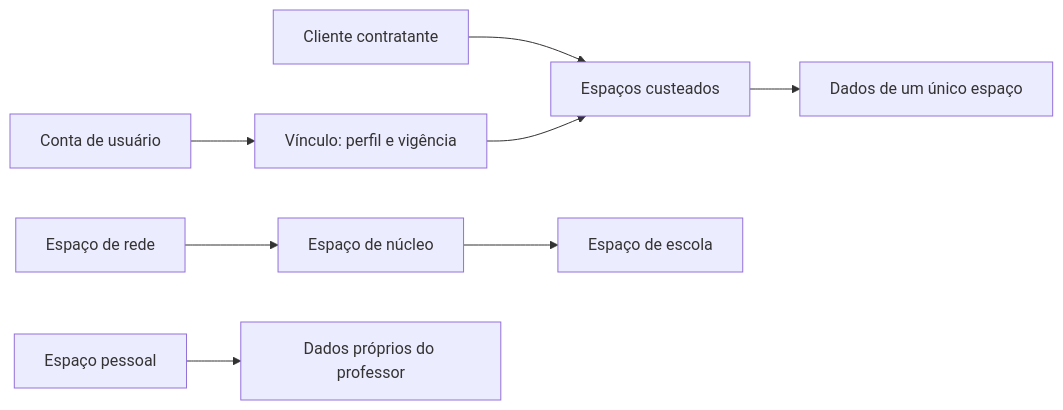
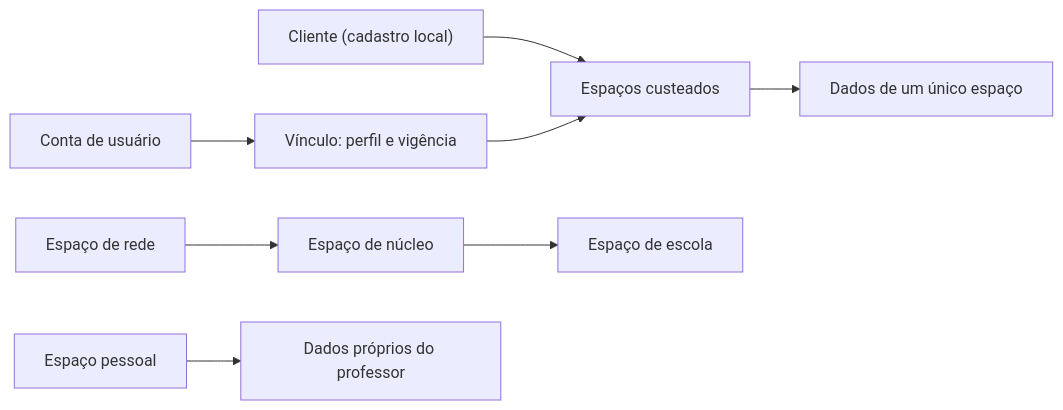
One commit to lucasgenial/gabarito360 changed the diagram in docs/arquitetura/07-clientes-espacos-e-vinculos.md. Above: the diagram before and after it, drawn with Mermaid. The commit also changed other lines of this file and 5 other files, not shown here.

````diff
--- a/docs/arquitetura/07-clientes-espacos-e-vinculos.md
+++ b/docs/arquitetura/07-clientes-espacos-e-vinculos.md
@@ -19,10 +21,10 @@
 ```mermaid
 flowchart LR
-  C[Cliente contratante] --> E[Espaços custeados]
+  C["Cliente (cadastro local)"] --> E[Espaços custeados]
   U[Conta de usuário] --> V[Vínculo: perfil e vigência]
   V --> E
   E --> D[Dados de um único espaço]
   R[Espaço de rede] --> N[Espaço de núcleo]
   N --> S[Espaço de escola]
   P[Espaço pessoal] --> DP[Dados próprios do professor]
 ```
````
